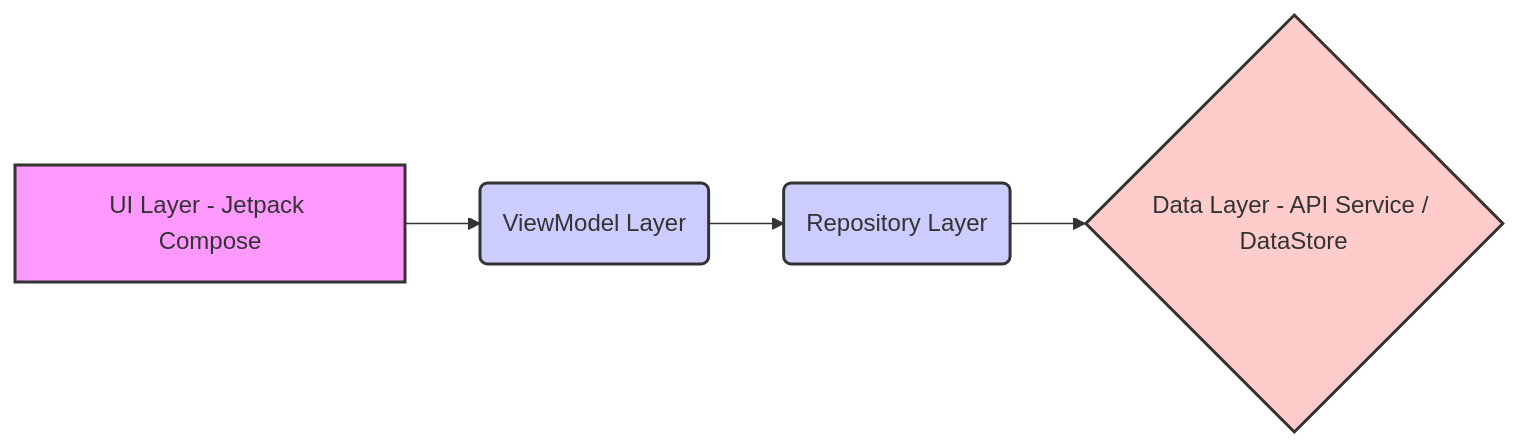
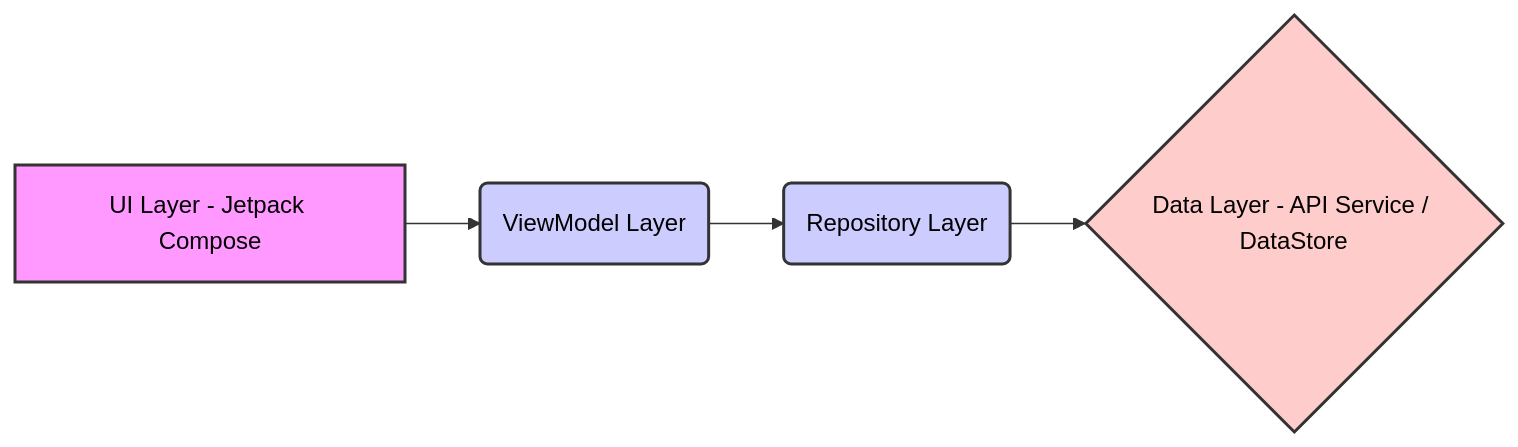
The diagram in README.md (mhdsdt/simple-note), drawn with Mermaid before and after one commit.

Commit message:
docs: update color of texts in diagram in README.md

````diff
--- a/README.md
+++ b/README.md
@@ -44,10 +44,10 @@
 ```mermaid
 graph LR
     A[UI Layer - Jetpack Compose] --> B(ViewModel Layer)
     B --> C(Repository Layer)
     C --> D{Data Layer - API Service / DataStore}
-    style A fill:#f9f,stroke:#333,stroke-width:2px
-    style B fill:#ccf,stroke:#333,stroke-width:2px
-    style C fill:#ccf,stroke:#333,stroke-width:2px
-    style D fill:#fcc,stroke:#333,stroke-width:2px
+    style A fill:#f9f,stroke:#333,stroke-width:2px,color:#000
+    style B fill:#ccf,stroke:#333,stroke-width:2px,color:#000
+    style C fill:#ccf,stroke:#333,stroke-width:2px,color:#000
+    style D fill:#fcc,stroke:#333,stroke-width:2px,color:#000
 ```
````
